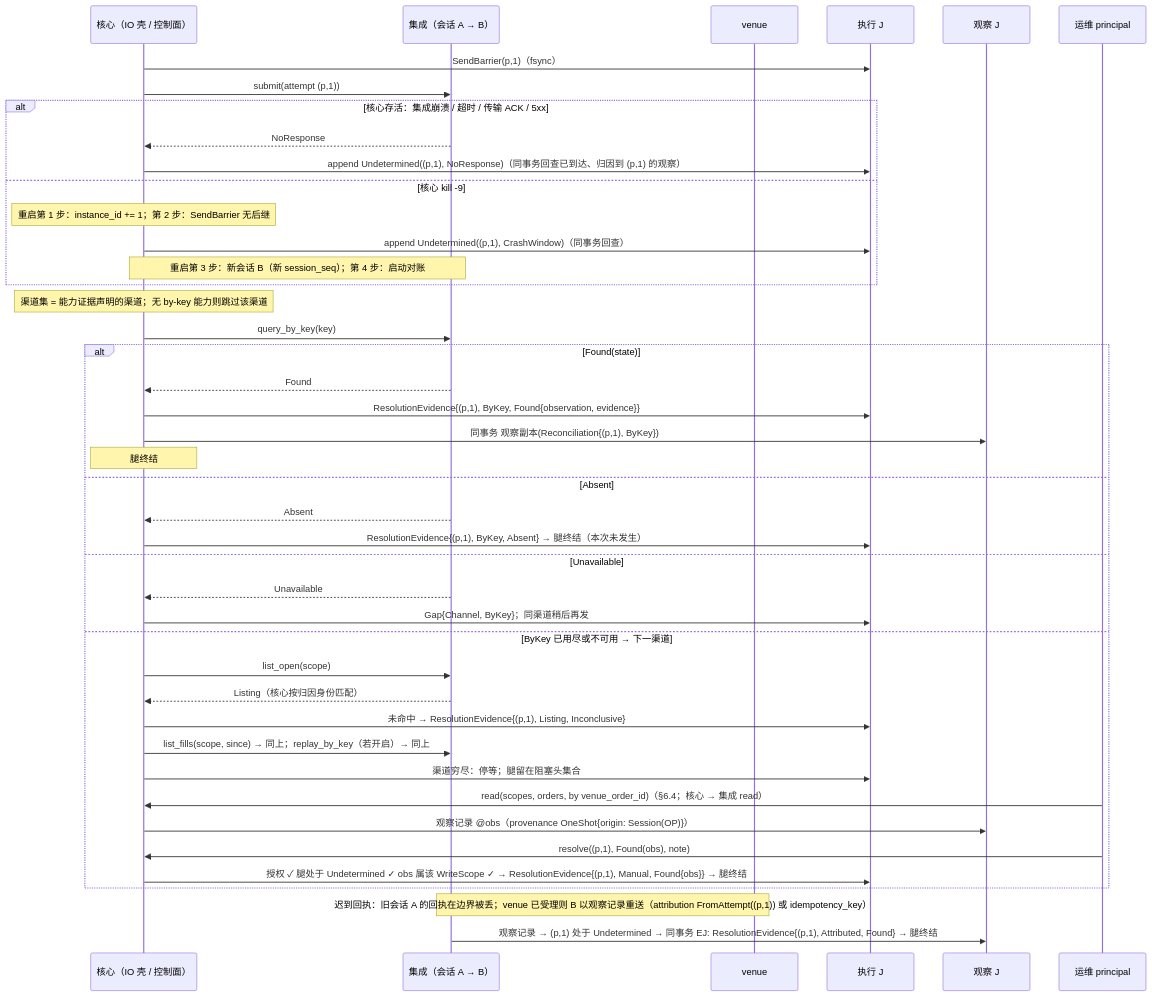
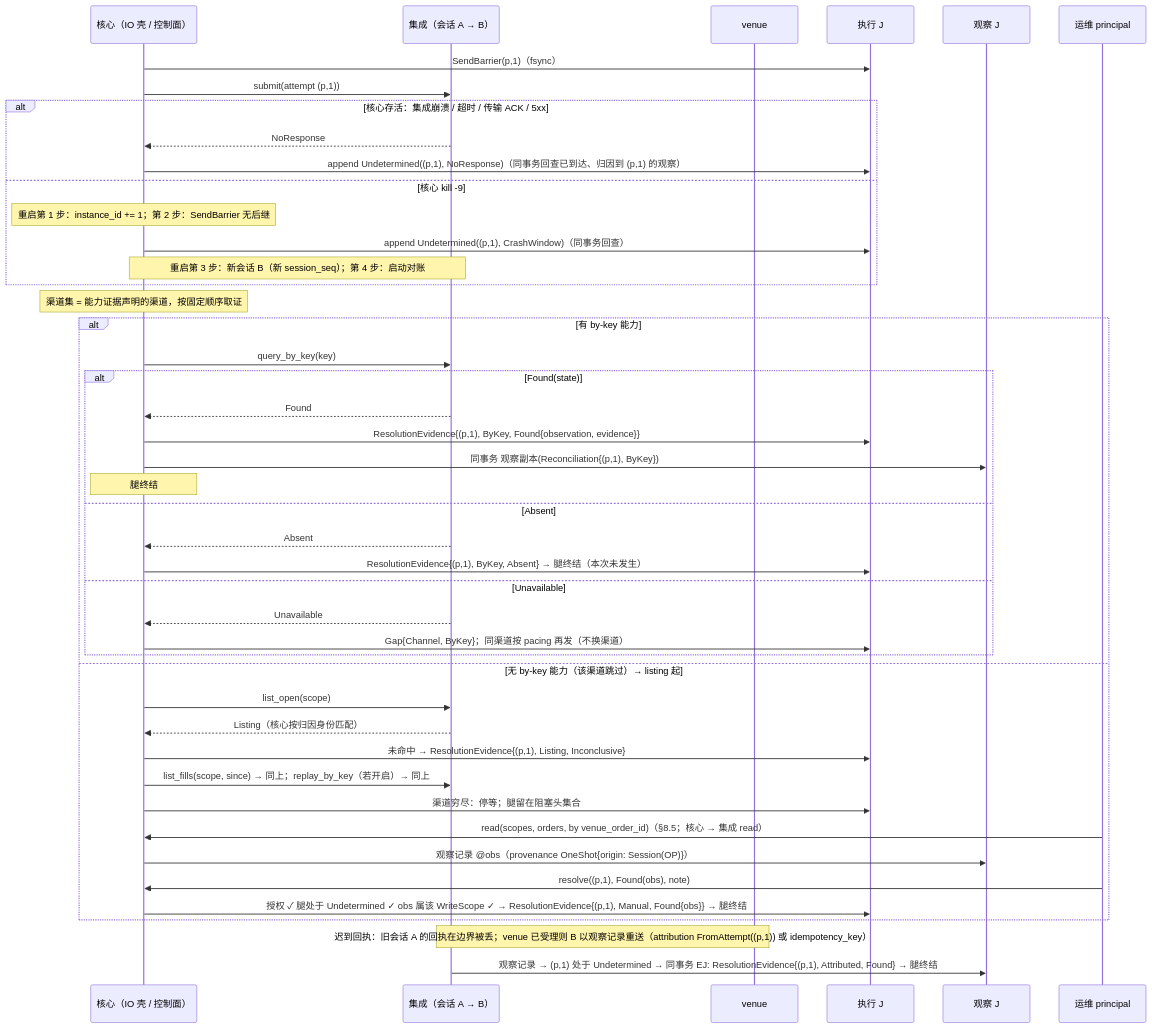
The sixth of 7 diagrams in design/diagrams/06-io-shell-attempt.md (mouriya-s-lab/uta), drawn with Mermaid before and after one commit. The commit also changed other lines of this file and 24 other files, not shown here.

````diff
--- a/design/diagrams/06-io-shell-attempt.md
+++ b/design/diagrams/06-io-shell-attempt.md
@@ -203,45 +203,47 @@
 ```mermaid
 sequenceDiagram
   participant IO as 核心（IO 壳 / 控制面）
   participant I as 集成（会话 A → B）
   participant V as venue
   participant EJ as 执行 J
   participant OJ as 观察 J
   participant OP as 运维 principal
   IO->>EJ: SendBarrier(p,1)（fsync）
   IO->>I: submit(attempt (p,1))
   alt 核心存活：集成崩溃 / 超时 / 传输 ACK / 5xx
     I-->>IO: NoResponse
     IO->>EJ: append Undetermined((p,1), NoResponse)（同事务回查已到达、归因到 (p,1) 的观察）
   else 核心 kill -9
     Note over IO: 重启第 1 步：instance_id += 1；第 2 步：SendBarrier 无后继
     IO->>EJ: append Undetermined((p,1), CrashWindow)（同事务回查）
     Note over IO,I: 重启第 3 步：新会话 B（新 session_seq）；第 4 步：启动对账
   end
-  Note over IO: 渠道集 = 能力证据声明的渠道；无 by-key 能力则跳过该渠道
-  IO->>I: query_by_key(key)
-  alt Found(state)
-    I-->>IO: Found
-    IO->>EJ: ResolutionEvidence{(p,1), ByKey, Found{observation, evidence}}
-    IO->>OJ: 同事务 观察副本(Reconciliation{(p,1), ByKey})
-    Note over IO: 腿终结
-  else Absent
-    I-->>IO: Absent
-    IO->>EJ: ResolutionEvidence{(p,1), ByKey, Absent} → 腿终结（本次未发生）
-  else Unavailable
-    I-->>IO: Unavailable
-    IO->>EJ: Gap{Channel, ByKey}；同渠道稍后再发
-  else ByKey 已用尽或不可用 → 下一渠道
+  Note over IO: 渠道集 = 能力证据声明的渠道，按固定顺序取证
+  alt 有 by-key 能力
+    IO->>I: query_by_key(key)
+    alt Found(state)
+      I-->>IO: Found
+      IO->>EJ: ResolutionEvidence{(p,1), ByKey, Found{observation, evidence}}
+      IO->>OJ: 同事务 观察副本(Reconciliation{(p,1), ByKey})
+      Note over IO: 腿终结
+    else Absent
+      I-->>IO: Absent
+      IO->>EJ: ResolutionEvidence{(p,1), ByKey, Absent} → 腿终结（本次未发生）
+    else Unavailable
+      I-->>IO: Unavailable
+      IO->>EJ: Gap{Channel, ByKey}；同渠道按 pacing 再发（不换渠道）
+    end
+  else 无 by-key 能力（该渠道跳过）→ listing 起
     IO->>I: list_open(scope)
     I-->>IO: Listing（核心按归因身份匹配）
     IO->>EJ: 未命中 → ResolutionEvidence{(p,1), Listing, Inconclusive}
     IO->>I: list_fills(scope, since) → 同上；replay_by_key（若开启）→ 同上
     IO->>EJ: 渠道穷尽：停等；腿留在阻塞头集合
-    OP->>IO: read(scopes, orders, by venue_order_id)（§6.4；核心 → 集成 read）
+    OP->>IO: read(scopes, orders, by venue_order_id)（§8.5；核心 → 集成 read）
     IO->>OJ: 观察记录 @obs（provenance OneShot{origin: Session(OP)}）
     OP->>IO: resolve((p,1), Found(obs), note)
     IO->>EJ: 授权 ✓ 腿处于 Undetermined ✓ obs 属该 WriteScope ✓ → ResolutionEvidence{(p,1), Manual, Found{obs}} → 腿终结
   end
   Note over I,V: 迟到回执：旧会话 A 的回执在边界被丢；venue 已受理则 B 以观察记录重送（attribution FromAttempt((p,1)) 或 idempotency_key）
   I->>OJ: 观察记录 → (p,1) 处于 Undetermined → 同事务 EJ: ResolutionEvidence{(p,1), Attributed, Found} → 腿终结
 ```
````
